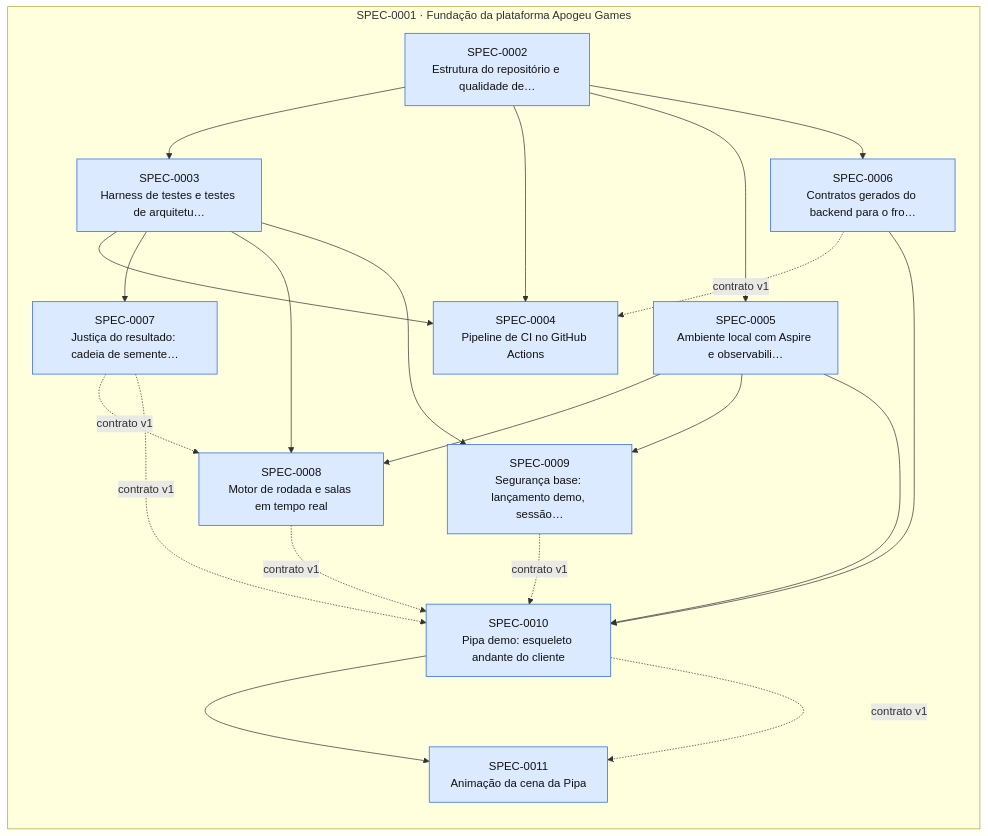
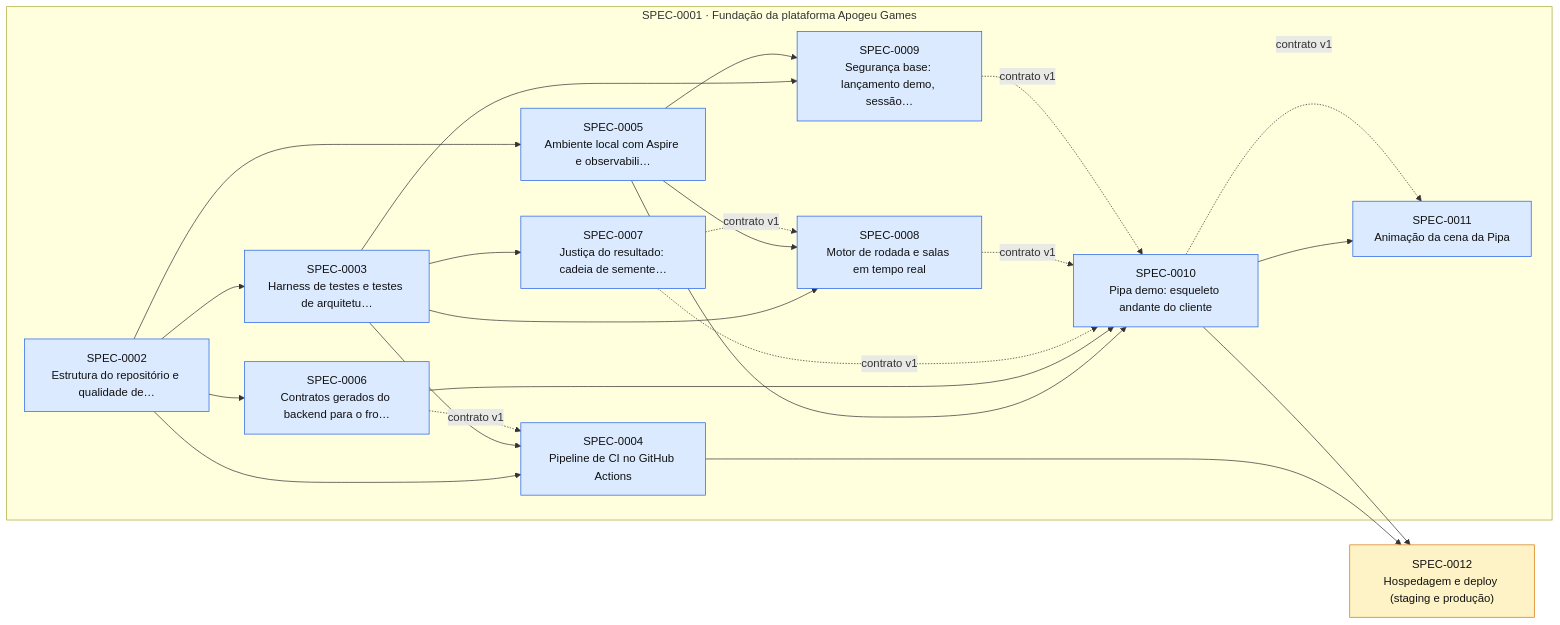
One commit to thomasravache/crash-games-provider changed the diagram in docs/specs/INDEX.md. Above: the diagram before and after it, drawn with Mermaid. The commit also changed other lines of this file and 12 other files, not shown here.

````diff
--- a/docs/specs/INDEX.md
+++ b/docs/specs/INDEX.md
@@ -69,39 +70,42 @@
 ```mermaid
 flowchart LR
+  S0012["SPEC-0012<br/>Hospedagem e deploy (staging e produção)"]:::proposed
   subgraph E0001["SPEC-0001 · Fundação da plataforma Apogeu Games"]
     S0002["SPEC-0002<br/>Estrutura do repositório e qualidade de…"]:::approved
     S0003["SPEC-0003<br/>Harness de testes e testes de arquitetu…"]:::approved
     S0004["SPEC-0004<br/>Pipeline de CI no GitHub Actions"]:::approved
     S0005["SPEC-0005<br/>Ambiente local com Aspire e observabili…"]:::approved
     S0006["SPEC-0006<br/>Contratos gerados do backend para o fro…"]:::approved
     S0007["SPEC-0007<br/>Justiça do resultado: cadeia de semente…"]:::approved
     S0008["SPEC-0008<br/>Motor de rodada e salas em tempo real"]:::approved
     S0009["SPEC-0009<br/>Segurança base: lançamento demo, sessão…"]:::approved
     S0010["SPEC-0010<br/>Pipa demo: esqueleto andante do cliente"]:::approved
     S0011["SPEC-0011<br/>Animação da cena da Pipa"]:::approved
   end
   S0002 --> S0003
   S0002 --> S0004
   S0003 --> S0004
   S0006 -. contrato v1 .-> S0004
   S0002 --> S0005
   S0002 --> S0006
   S0003 --> S0007
   S0003 --> S0008
   S0005 --> S0008
   S0007 -. contrato v1 .-> S0008
   S0003 --> S0009
   S0005 --> S0009
   S0005 --> S0010
   S0006 --> S0010
   S0007 -. contrato v1 .-> S0010
   S0008 -. contrato v1 .-> S0010
   S0009 -. contrato v1 .-> S0010
   S0010 --> S0011
   S0010 -. contrato v1 .-> S0011
+  S0004 --> S0012
+  S0010 --> S0012
   classDef proposed fill:#fef3c7,stroke:#d97706,color:#111
   classDef approved fill:#dbeafe,stroke:#2563eb,color:#111
   classDef inprogress fill:#ede9fe,stroke:#7c3aed,color:#111
   classDef implemented fill:#dcfce7,stroke:#16a34a,color:#111
   classDef deprecated fill:#f3f4f6,stroke:#9ca3af,color:#6b7280
 ```
````
